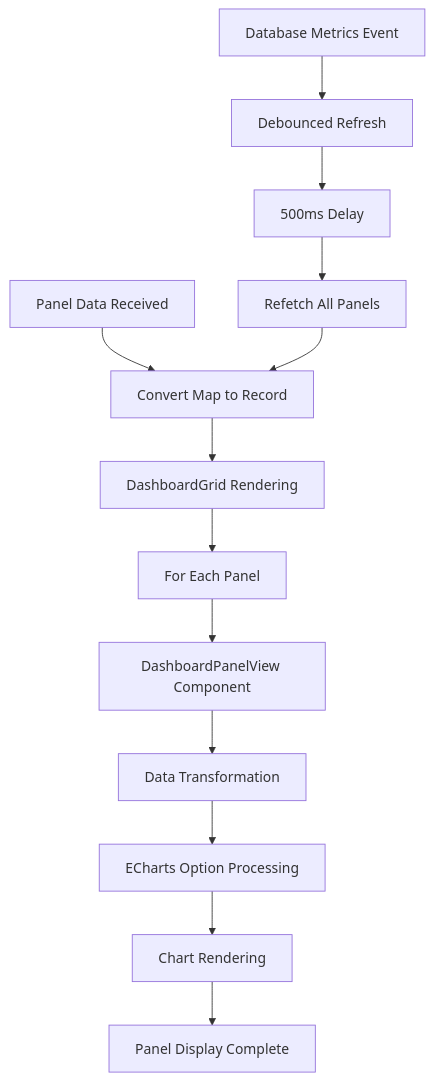
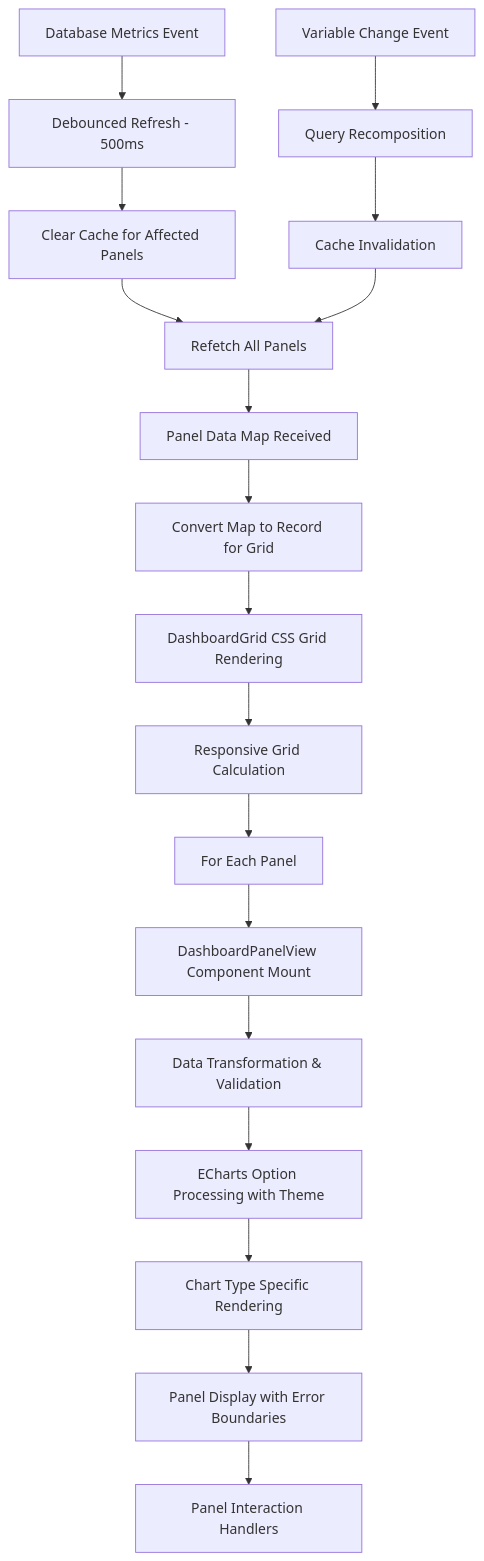
Before and after one commit to bdeland/TowerIQ: the fourth of 4 diagrams in docs/dashboard_data_flow_analysis.md, drawn with Mermaid. The commit also changed other lines of this file and 6 other files, not shown here.

````diff
--- a/docs/dashboard_data_flow_analysis.md
+++ b/docs/dashboard_data_flow_analysis.md
@@ -97,17 +109,23 @@
 ```mermaid
 graph TD
-    A[Panel Data Received] --> B[Convert Map to Record]
-    B --> C[DashboardGrid Rendering]
-    C --> D[For Each Panel]
+    A[Panel Data Map Received] --> B[Convert Map to Record for Grid]
+    B --> C[DashboardGrid CSS Grid Rendering]
+    C --> D[Responsive Grid Calculation]
+    D --> E[For Each Panel]
     
-    D --> E[DashboardPanelView Component]
-    E --> F[Data Transformation]
-    F --> G[ECharts Option Processing]
-    G --> H[Chart Rendering]
-    H --> I[Panel Display Complete]
+    E --> F[DashboardPanelView Component Mount]
+    F --> G[Data Transformation & Validation]
+    G --> H[ECharts Option Processing with Theme]
+    H --> I[Chart Type Specific Rendering]
+    I --> J[Panel Display with Error Boundaries]
+    J --> K[Panel Interaction Handlers]
     
-    J[Database Metrics Event] --> K[Debounced Refresh]
-    K --> L[500ms Delay]
-    L --> M[Refetch All Panels]
-    M --> B
+    L[Database Metrics Event] --> M[Debounced Refresh - 500ms]
+    M --> N[Clear Cache for Affected Panels]
+    N --> O[Refetch All Panels]
+    O --> A
+    
+    P[Variable Change Event] --> Q[Query Recomposition]
+    Q --> R[Cache Invalidation]
+    R --> O
 ```
````
